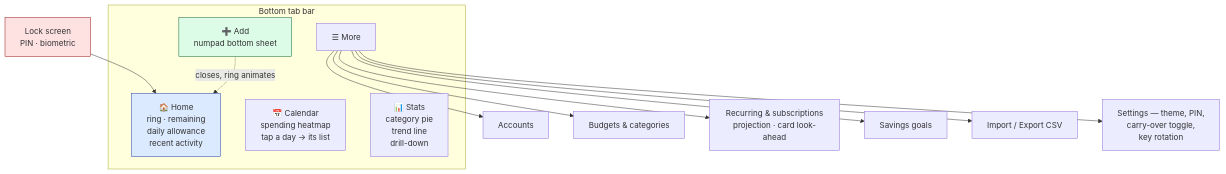
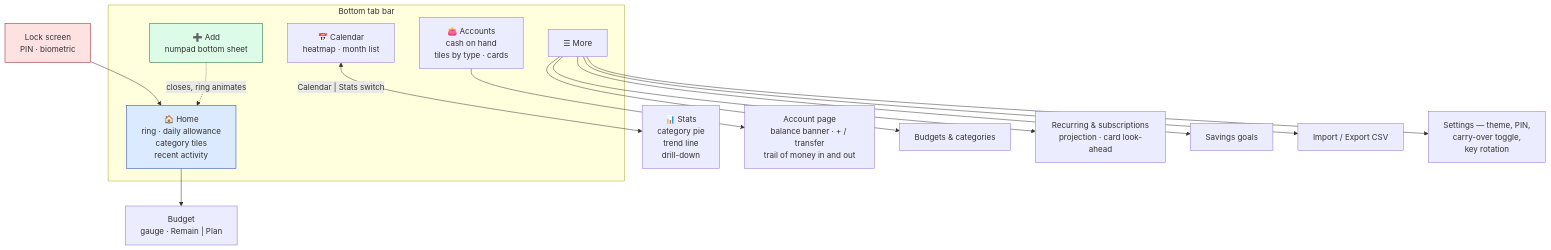
The eighth of 12 diagrams in misc/ARCHITECTURE_OVERVIEW.md (zakura1x/Budget-App), drawn with Mermaid before and after one commit. The commit also changed other lines of this file and 95 other files, not shown here.

````diff
--- a/misc/ARCHITECTURE_OVERVIEW.md
+++ b/misc/ARCHITECTURE_OVERVIEW.md
@@ -358,25 +360,27 @@
 ```mermaid
 graph TD
     L["Lock screen<br/>PIN · biometric"] --> H
 
     subgraph TABS["Bottom tab bar"]
-        H["🏠 Home<br/>ring · remaining<br/>daily allowance<br/>recent activity"]
-        CAL["📅 Calendar<br/>spending heatmap<br/>tap a day → its list"]
+        H["🏠 Home<br/>ring · daily allowance<br/>category tiles<br/>recent activity"]
+        ACC["👛 Accounts<br/>cash on hand<br/>tiles by type · cards"]
         ADD["➕ Add<br/>numpad bottom sheet"]
-        ST["📊 Stats<br/>category pie<br/>trend line<br/>drill-down"]
+        CAL["📅 Calendar<br/>heatmap · month list"]
         MORE["☰ More"]
     end
 
-    MORE --> M1["Accounts"]
+    CAL <-->|"Calendar | Stats switch"| ST["📊 Stats<br/>category pie<br/>trend line<br/>drill-down"]
+    H --> B["Budget<br/>gauge · Remain | Plan"]
+    ACC --> AD["Account page<br/>balance banner · + / transfer<br/>trail of money in and out"]
     MORE --> M2["Budgets & categories"]
     MORE --> M3["Recurring & subscriptions<br/>projection · card look-ahead"]
     MORE --> M4["Savings goals"]
     MORE --> M5["Import / Export CSV"]
     MORE --> M6["Settings — theme, PIN,<br/>carry-over toggle,<br/>key rotation"]
 
     ADD -.->|"closes, ring animates"| H
 
     style ADD fill:#dcfce7,stroke:#166534
     style H fill:#dbeafe,stroke:#1e40af
     style L fill:#fee2e2,stroke:#991b1b
 ```
````
